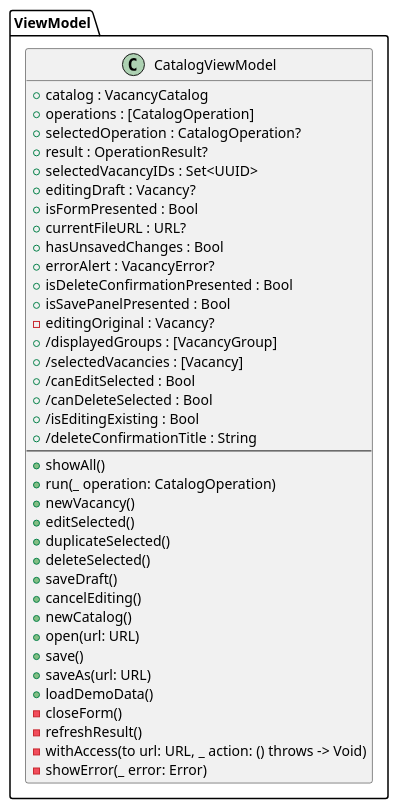
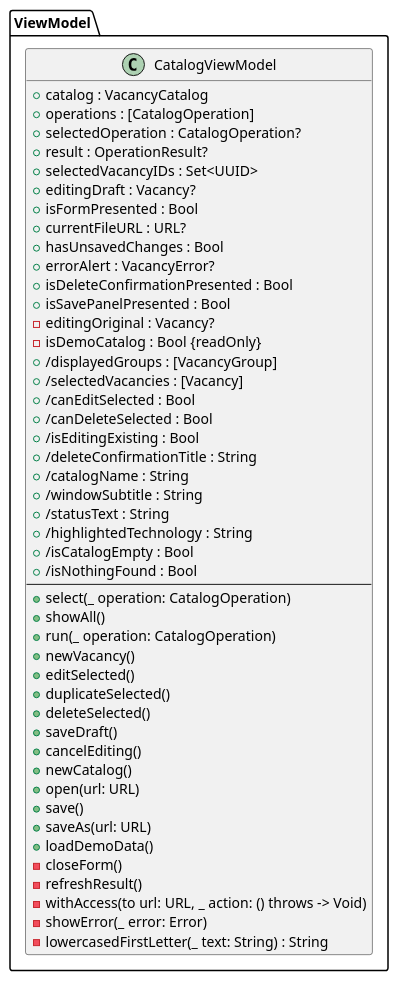
Before and after one commit to goosedum/kursova-1: the diagram in docs/uml/2-classes/types/viewmodel.iuml, drawn with PlantUML. The commit also changed 13 other files, not shown here.

```diff
--- a/docs/uml/2-classes/types/viewmodel.iuml
+++ b/docs/uml/2-classes/types/viewmodel.iuml
@@ -1,42 +1,51 @@
 ' Шар ViewModel — стан вікна. Підключається з діаграм у docs/uml/2-classes (крок 3.2). Джерело — .claude/plan/02-architecture.md §3.
 package "ViewModel" {
   class CatalogViewModel {
     + catalog : VacancyCatalog
     + operations : [CatalogOperation]
     + selectedOperation : CatalogOperation?
     + result : OperationResult?
     + selectedVacancyIDs : Set<UUID>
     + editingDraft : Vacancy?
     + isFormPresented : Bool
     + currentFileURL : URL?
     + hasUnsavedChanges : Bool
     + errorAlert : VacancyError?
     + isDeleteConfirmationPresented : Bool
     + isSavePanelPresented : Bool
     - editingOriginal : Vacancy?
+    - isDemoCatalog : Bool {readOnly}
     + /displayedGroups : [VacancyGroup]
     + /selectedVacancies : [Vacancy]
     + /canEditSelected : Bool
     + /canDeleteSelected : Bool
     + /isEditingExisting : Bool
     + /deleteConfirmationTitle : String
+    + /catalogName : String
+    + /windowSubtitle : String
+    + /statusText : String
+    + /highlightedTechnology : String
+    + /isCatalogEmpty : Bool
+    + /isNothingFound : Bool
     --
+    + select(_ operation: CatalogOperation)
     + showAll()
     + run(_ operation: CatalogOperation)
     + newVacancy()
     + editSelected()
     + duplicateSelected()
     + deleteSelected()
     + saveDraft()
     + cancelEditing()
     + newCatalog()
     + open(url: URL)
     + save()
     + saveAs(url: URL)
     + loadDemoData()
     - closeForm()
     - refreshResult()
     - withAccess(to url: URL, _ action: () throws -> Void)
     - showError(_ error: Error)
+    - lowercasedFirstLetter(_ text: String) : String
   }
 }
```
